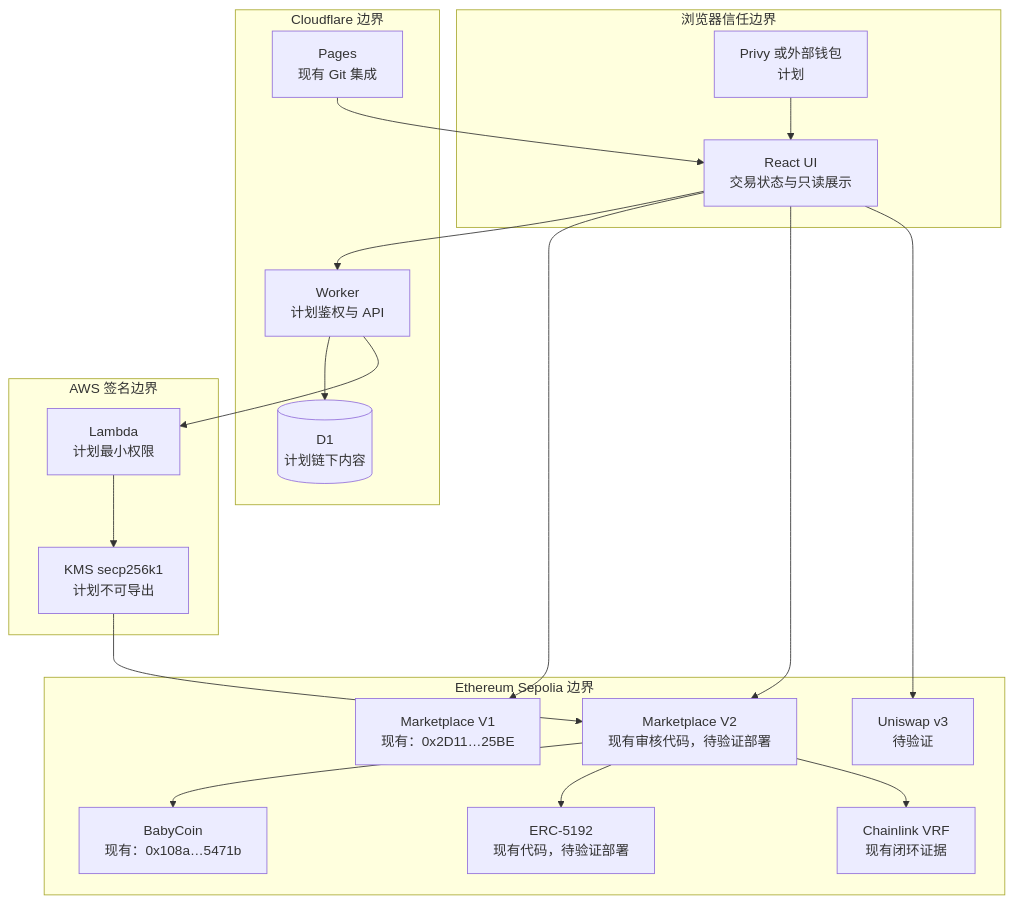
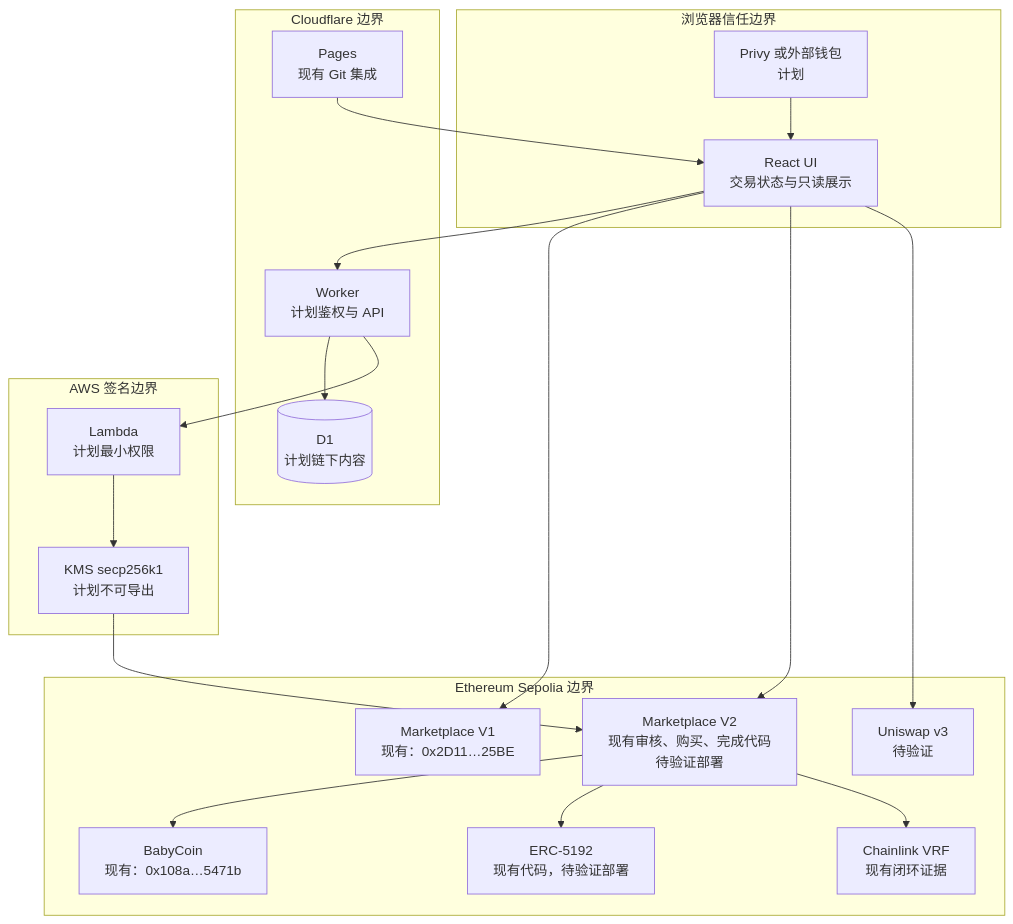
The second of 4 diagrams in docs/architecture/starbuddy-web3-architecture.mmd (Tiancheng-Xu/babysteps), drawn with Mermaid before and after one commit. The commit also changed other lines of this file and 3 other files, not shown here.

````diff
--- a/docs/architecture/starbuddy-web3-architecture.mmd
+++ b/docs/architecture/starbuddy-web3-architecture.mmd
@@ -33,35 +33,35 @@
 ```mermaid
 flowchart TB
     subgraph browser["浏览器信任边界"]
         ui["React UI<br/>交易状态与只读展示"]
         wallet["Privy 或外部钱包<br/>计划"]
     end
     subgraph cloudflare["Cloudflare 边界"]
         pages["Pages<br/>现有 Git 集成"]
         worker2["Worker<br/>计划鉴权与 API"]
         d12[("D1<br/>计划链下内容")]
     end
     subgraph ethereum["Ethereum Sepolia 边界"]
         baby["BabyCoin<br/>现有：0x108a…5471b"]
         oldMarket["Marketplace V1<br/>现有：0x2D11…25BE"]
-        newMarket["Marketplace V2<br/>现有审核代码，待验证部署"]
+        newMarket["Marketplace V2<br/>现有审核、购买、完成代码<br/>待验证部署"]
         cert["ERC-5192<br/>现有代码，待验证部署"]
         uni["Uniswap v3<br/>待验证"]
         chainlink["Chainlink VRF<br/>现有闭环证据"]
     end
     subgraph aws["AWS 签名边界"]
         relayer["Lambda<br/>计划最小权限"]
         key["KMS secp256k1<br/>计划不可导出"]
     end
 
     pages --> ui
     wallet --> ui
     ui --> worker2 --> d12
     ui --> oldMarket
     ui --> newMarket
     ui --> uni
     newMarket --> baby
     newMarket --> cert
     newMarket --> chainlink
     worker2 --> relayer --> key --> newMarket
 ```
````
